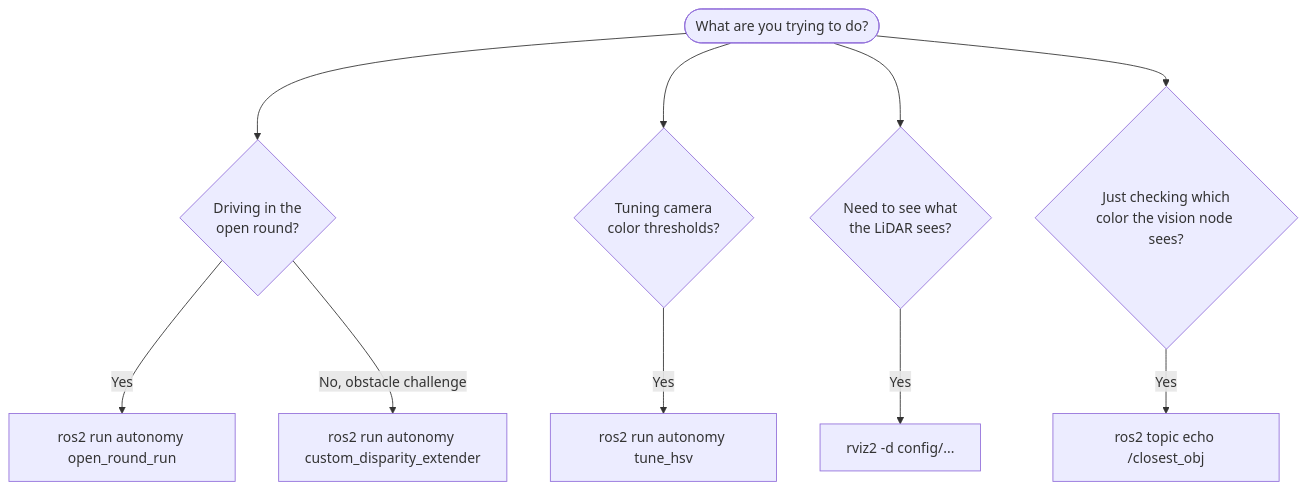
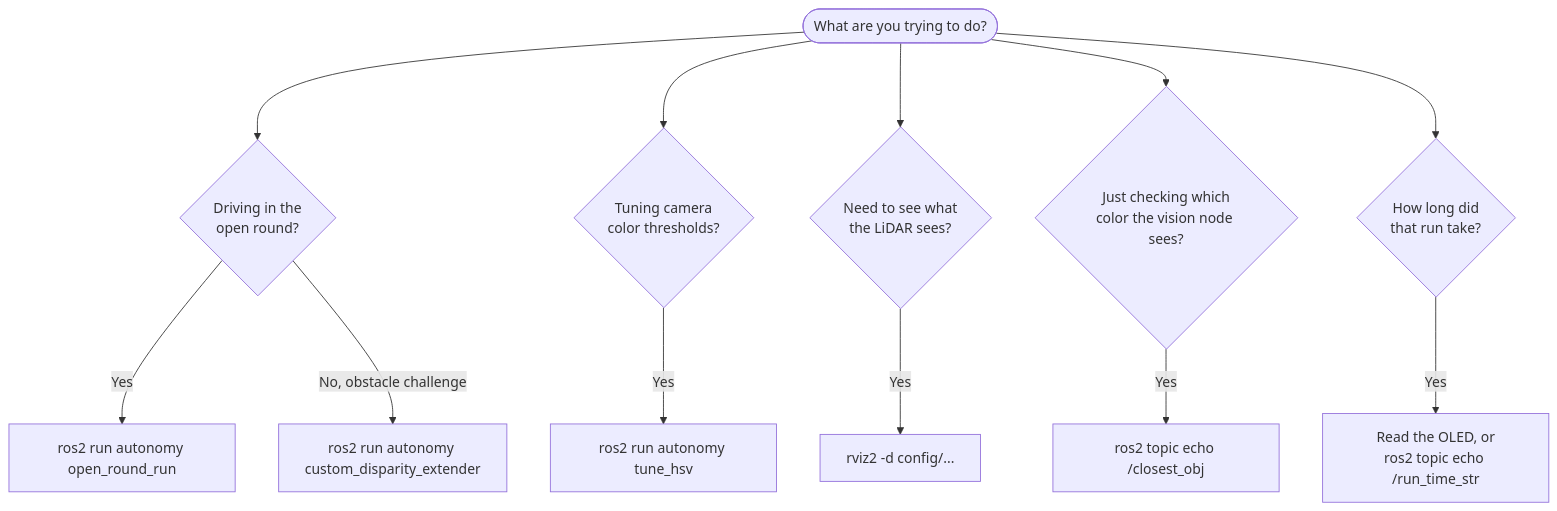
One commit to muztahiddurjoy/gorur_gari_2026 changed the second of 2 diagrams in QUICKSTART.md. Above: the diagram before and after it, drawn with Mermaid. The commit also changed other lines of this file and 44 other files, not shown here.

````diff
--- a/QUICKSTART.md
+++ b/QUICKSTART.md
@@ -21,12 +21,14 @@
 ```mermaid
 flowchart TD
     START([What are you trying to do?]) --> Q1{Driving in the\nopen round?}
     Q1 -->|Yes| OR["ros2 run autonomy open_round_run"]
     Q1 -->|No, obstacle challenge| OC["ros2 run autonomy custom_disparity_extender"]
     START --> Q2{Tuning camera\ncolor thresholds?}
     Q2 -->|Yes| HSV["ros2 run autonomy tune_hsv"]
     START --> Q3{Need to see what\nthe LiDAR sees?}
     Q3 -->|Yes| RV["rviz2 -d config/..."]
     START --> Q4{Just checking which\ncolor the vision node sees?}
     Q4 -->|Yes| ECHO["ros2 topic echo /closest_obj"]
+    START --> Q5{How long did\nthat run take?}
+    Q5 -->|Yes| TIME["Read the OLED, or\nros2 topic echo /run_time_str"]
 ```
````
